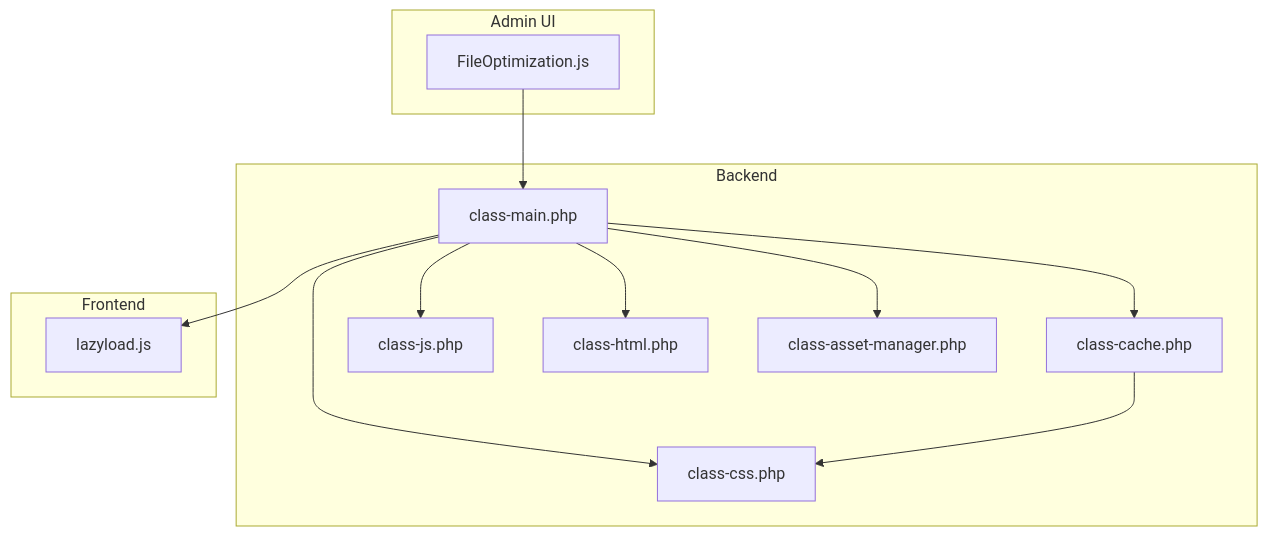
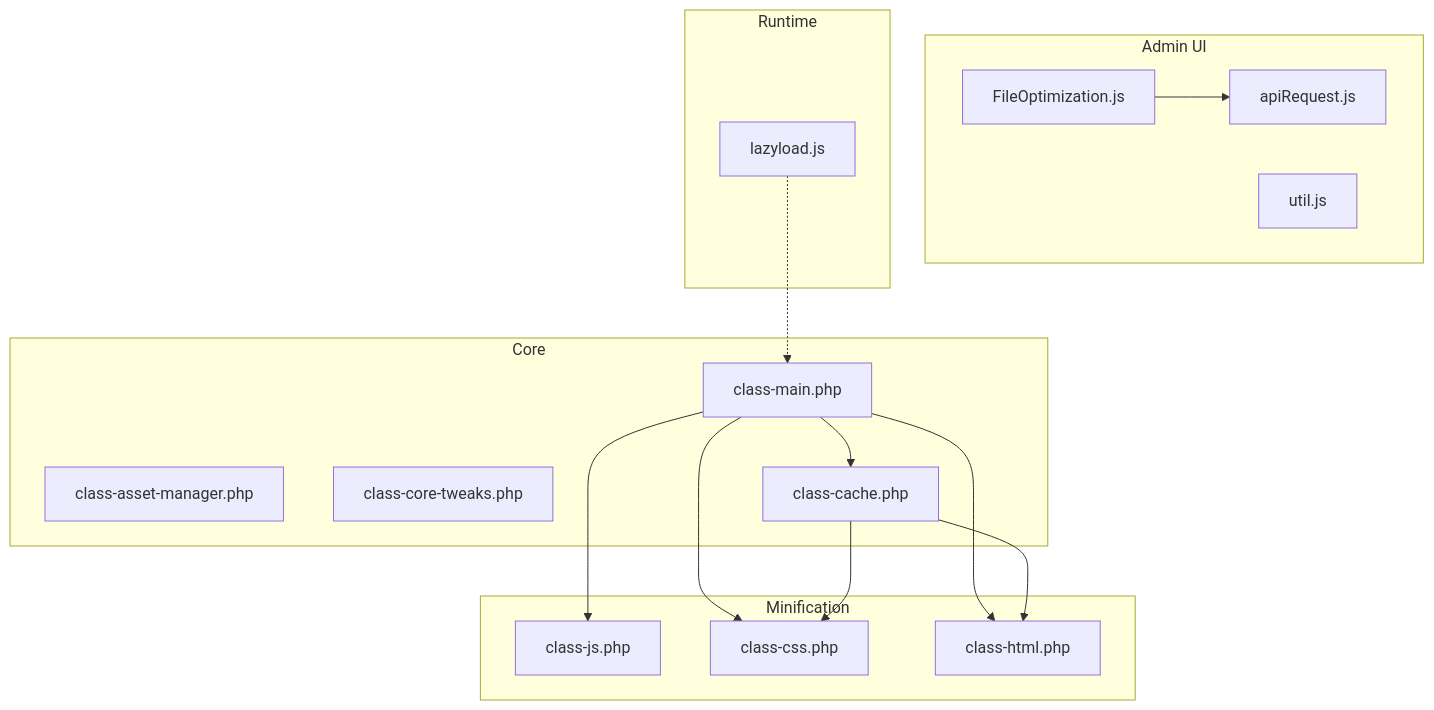
One commit to nilesh32236/performance-optimisation changed the first of 8 diagrams in .qoder/repowiki/en/content/Asset Optimization/JavaScript Optimization.md. Above: the diagram before and after it, drawn with Mermaid. The commit also changed other lines of this file and 46 other files, not shown here.

````diff
--- a/.qoder/repowiki/en/content/Asset Optimization/JavaScript Optimization.md
+++ b/.qoder/repowiki/en/content/Asset Optimization/JavaScript Optimization.md
@@ -42,25 +40,30 @@
 ```mermaid
 graph TB
 subgraph "Admin UI"
 FO["FileOptimization.js"]
+API["apiRequest.js"]
+U["util.js"]
 end
-subgraph "Backend"
-CM["class-main.php"]
-CA["class-cache.php"]
-MJ["class-js.php"]
-MC["class-css.php"]
-MH["class-html.php"]
-AM["class-asset-manager.php"]
-end
-subgraph "Frontend"
+subgraph "Runtime"
 LL["lazyload.js"]
 end
-FO --> CM
-CM --> MJ
-CM --> MC
-CM --> MH
-CM --> CA
-CM --> AM
-CA --> MC
-CM --> LL
+subgraph "Core"
+MAIN["class-main.php"]
+AM["class-asset-manager.php"]
+CT["class-core-tweaks.php"]
+CACHE["class-cache.php"]
+end
+subgraph "Minification"
+MINJS["class-js.php"]
+MINCSS["class-css.php"]
+MINHTML["class-html.php"]
+end
+FO --> API
+MAIN --> CACHE
+MAIN --> MINJS
+MAIN --> MINCSS
+MAIN --> MINHTML
+CACHE --> MINCSS
+CACHE --> MINHTML
+LL -.-> MAIN
 ```
````
